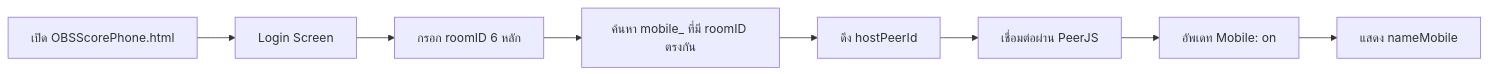
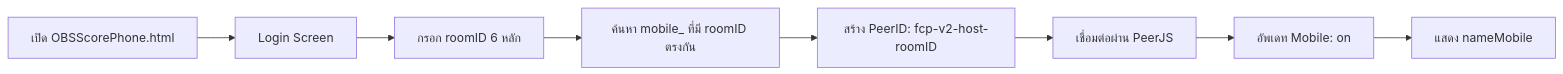
Before and after one commit to JamornzMedia/obs-dock-ui: the third of 3 diagrams in v2.9.1/fcp_v2_assets/FIREBASE_GUIDELINE.md, drawn with Mermaid. The commit also changed other lines of this file and 5 other files, not shown here.

````diff
--- a/v2.9.1/fcp_v2_assets/FIREBASE_GUIDELINE.md
+++ b/v2.9.1/fcp_v2_assets/FIREBASE_GUIDELINE.md
@@ -162,10 +156,10 @@
 ```mermaid
 flowchart LR
     A[เปิด OBSScorePhone.html] --> B[Login Screen]
     B --> C[กรอก roomID 6 หลัก]
     C --> D[ค้นหา mobile_ ที่มี roomID ตรงกัน]
-    D --> E[ดึง hostPeerId]
+    D --> E[สร้าง PeerID: fcp-v2-host-roomID]
     E --> F[เชื่อมต่อผ่าน PeerJS]
     F --> G[อัพเดท Mobile: on]
     G --> H[แสดง nameMobile]
 ```
````
